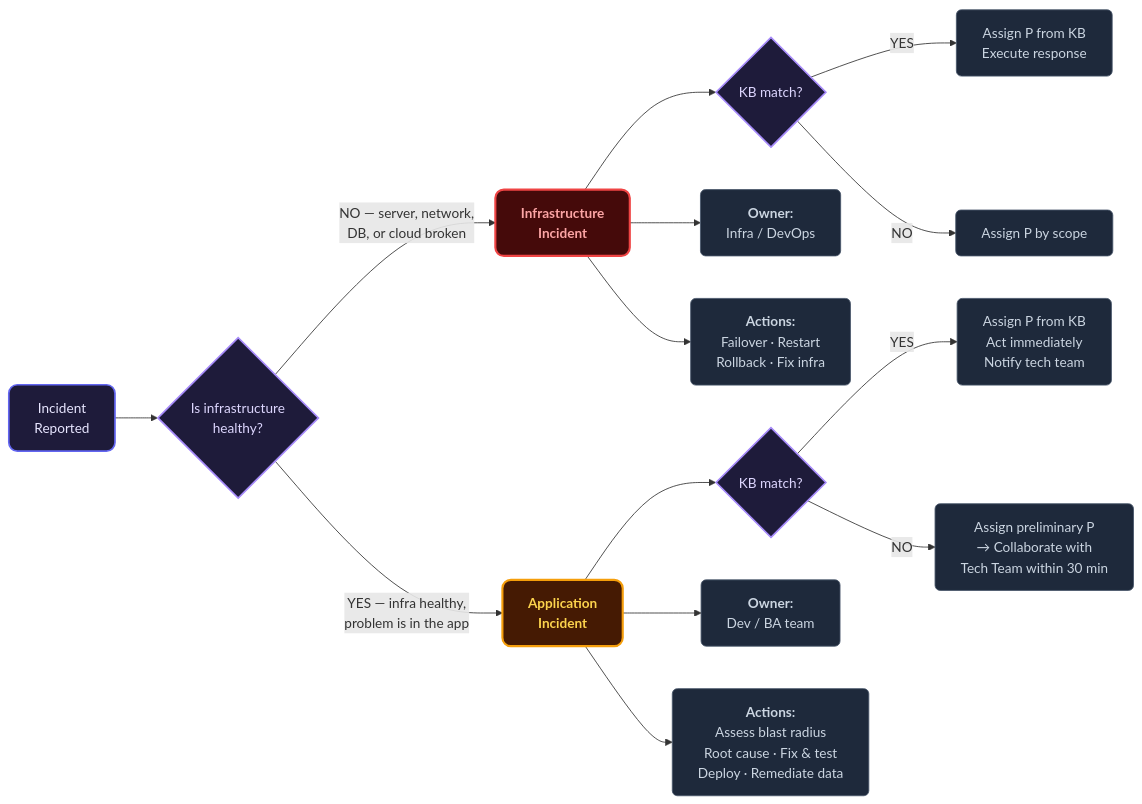
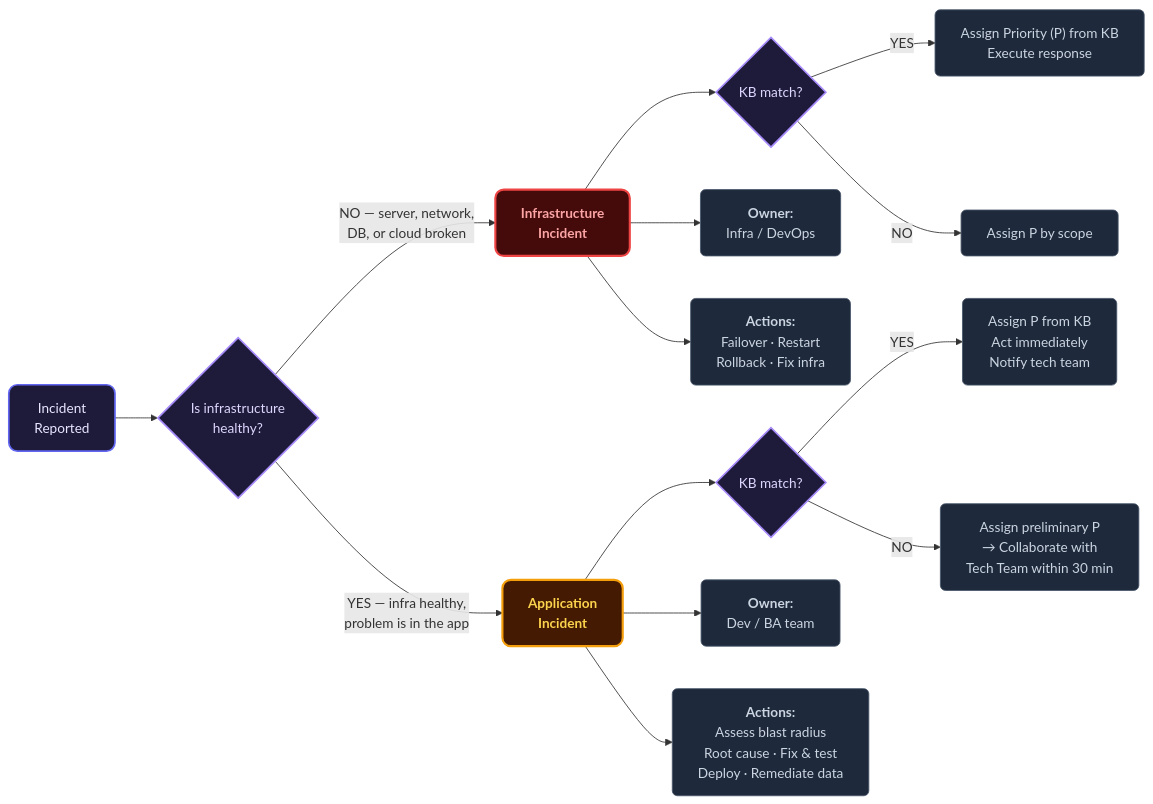
One commit to dsonerd/sharable changed the second of 3 diagrams in solutions/incident-managment/swimlane-flow.md. Above: the diagram before and after it, drawn with Mermaid. The commit also changed other lines of this file, not shown here.

First line of the commit message:
Clarify P = Priority level throughout swimlane flow

````diff
--- a/solutions/incident-managment/swimlane-flow.md
+++ b/solutions/incident-managment/swimlane-flow.md
@@ -284,34 +286,34 @@
 ```mermaid
 flowchart LR
     START["Incident<br/>Reported"] --> Q1{"Is infrastructure<br/>healthy?"}
 
     Q1 -->|"NO — server, network,<br/>DB, or cloud broken"| II["<b>Infrastructure<br/>Incident</b>"]
     Q1 -->|"YES — infra healthy,<br/>problem is in the app"| AI["<b>Application<br/>Incident</b>"]
 
     II --> II_KB{"KB match?"}
-    II_KB -->|"YES"| II_P1["Assign P from KB<br/>Execute response"]
+    II_KB -->|"YES"| II_P1["Assign Priority (P) from KB<br/>Execute response"]
     II_KB -->|"NO"| II_P2["Assign P by scope"]
     II --> II_OWNER["<b>Owner:</b><br/>Infra / DevOps"]
     II --> II_ACTION["<b>Actions:</b><br/>Failover · Restart<br/>Rollback · Fix infra"]
 
     AI --> AI_KB{"KB match?"}
     AI_KB -->|"YES"| AI_P1["Assign P from KB<br/>Act immediately<br/>Notify tech team"]
     AI_KB -->|"NO"| AI_P2["Assign preliminary P<br/>→ Collaborate with<br/>Tech Team within 30 min"]
     AI --> AI_OWNER["<b>Owner:</b><br/>Dev / BA team"]
     AI --> AI_ACTION["<b>Actions:</b><br/>Assess blast radius<br/>Root cause · Fix & test<br/>Deploy · Remediate data"]
 
     classDef start fill:#1E1B3A,stroke:#6366F1,stroke-width:2px,color:#E8E6FF,rx:10
     classDef question fill:#1E1B3A,stroke:#A78BFA,stroke-width:2px,color:#DDD6FE
     classDef infra fill:#450A0A,stroke:#EF4444,stroke-width:2.5px,color:#FCA5A5,rx:10
     classDef app fill:#451A03,stroke:#F59E0B,stroke-width:2.5px,color:#FCD34D,rx:10
     classDef detail fill:#1E293B,stroke:#475569,stroke-width:1px,color:#CBD5E1,rx:6
 
     class START start
     class Q1 question
     classDef kbNode fill:#1E1B3A,stroke:#A78BFA,stroke-width:2px,color:#DDD6FE
 
     class II infra
     class AI app
     class II_KB,AI_KB kbNode
     class II_P1,II_P2,II_OWNER,II_ACTION,AI_P1,AI_P2,AI_OWNER,AI_ACTION detail
 ```
````
